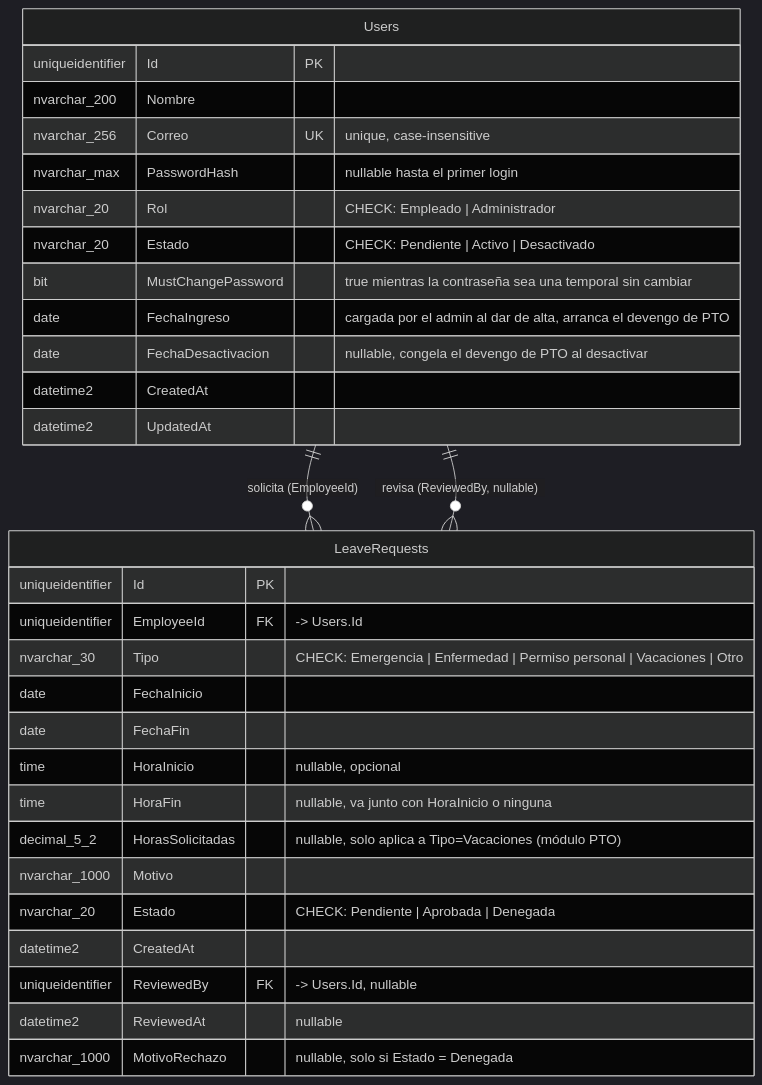
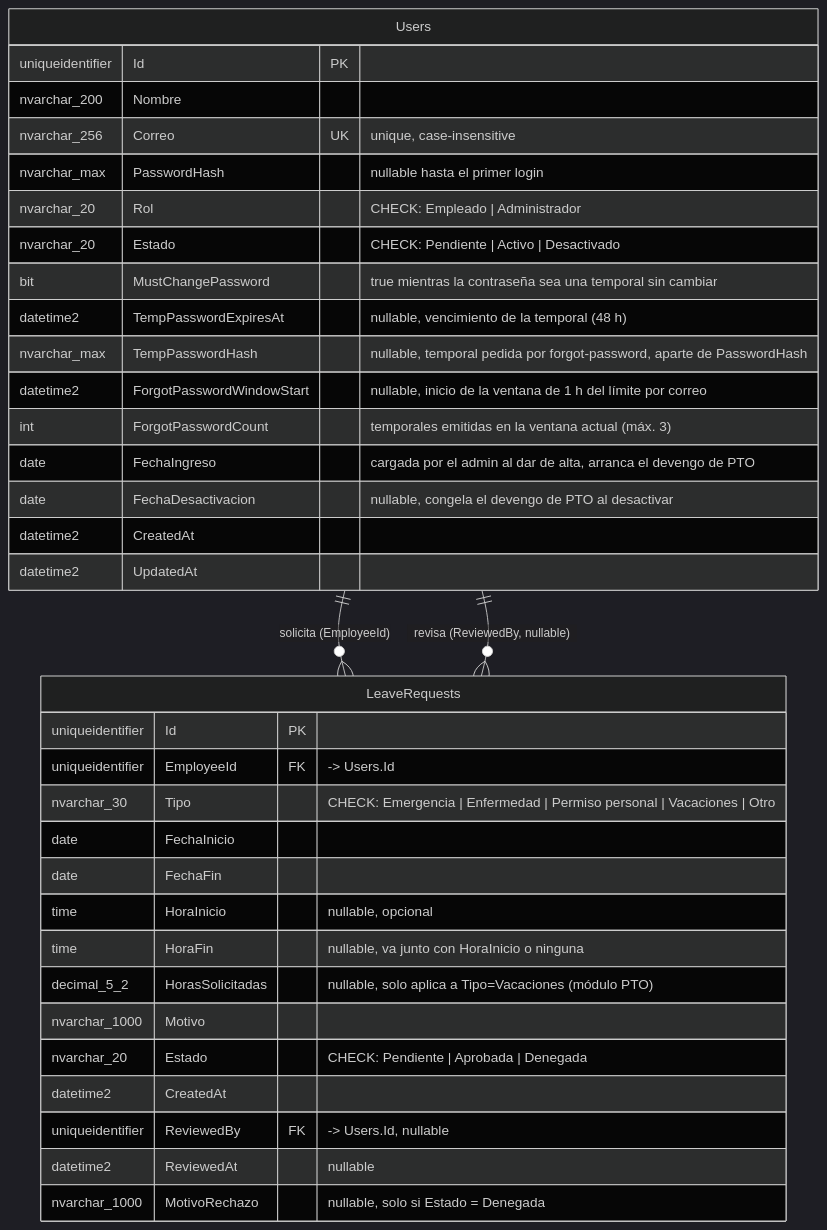
The diagram in OwnSpaceAPI/docs/er-diagram.md (devtechsv/MyOwnSpace), drawn with Mermaid (dark theme) before and after one commit. The commit also changed other lines of this file and 31 other files, not shown here.

First line of the commit message:
fix: close forgot-password lockout and single-day PTO approval bypass

````diff
--- a/OwnSpaceAPI/docs/er-diagram.md
+++ b/OwnSpaceAPI/docs/er-diagram.md
@@ -5,36 +5,40 @@
 ```mermaid
 erDiagram
     Users ||--o{ LeaveRequests : "solicita (EmployeeId)"
     Users ||--o{ LeaveRequests : "revisa (ReviewedBy, nullable)"
 
     Users {
         uniqueidentifier Id PK
         nvarchar_200 Nombre
         nvarchar_256 Correo UK "unique, case-insensitive"
         nvarchar_max PasswordHash "nullable hasta el primer login"
         nvarchar_20 Rol "CHECK: Empleado | Administrador"
         nvarchar_20 Estado "CHECK: Pendiente | Activo | Desactivado"
         bit MustChangePassword "true mientras la contraseña sea una temporal sin cambiar"
+        datetime2 TempPasswordExpiresAt "nullable, vencimiento de la temporal (48 h)"
+        nvarchar_max TempPasswordHash "nullable, temporal pedida por forgot-password, aparte de PasswordHash"
+        datetime2 ForgotPasswordWindowStart "nullable, inicio de la ventana de 1 h del límite por correo"
+        int ForgotPasswordCount "temporales emitidas en la ventana actual (máx. 3)"
         date FechaIngreso "cargada por el admin al dar de alta, arranca el devengo de PTO"
         date FechaDesactivacion "nullable, congela el devengo de PTO al desactivar"
         datetime2 CreatedAt
         datetime2 UpdatedAt
     }
 
     LeaveRequests {
         uniqueidentifier Id PK
         uniqueidentifier EmployeeId FK "-> Users.Id"
         nvarchar_30 Tipo "CHECK: Emergencia | Enfermedad | Permiso personal | Vacaciones | Otro"
         date FechaInicio
         date FechaFin
         time HoraInicio "nullable, opcional"
         time HoraFin "nullable, va junto con HoraInicio o ninguna"
         decimal_5_2 HorasSolicitadas "nullable, solo aplica a Tipo=Vacaciones (módulo PTO)"
         nvarchar_1000 Motivo
         nvarchar_20 Estado "CHECK: Pendiente | Aprobada | Denegada"
         datetime2 CreatedAt
         uniqueidentifier ReviewedBy FK "-> Users.Id, nullable"
         datetime2 ReviewedAt "nullable"
         nvarchar_1000 MotivoRechazo "nullable, solo si Estado = Denegada"
     }
 ```
````
